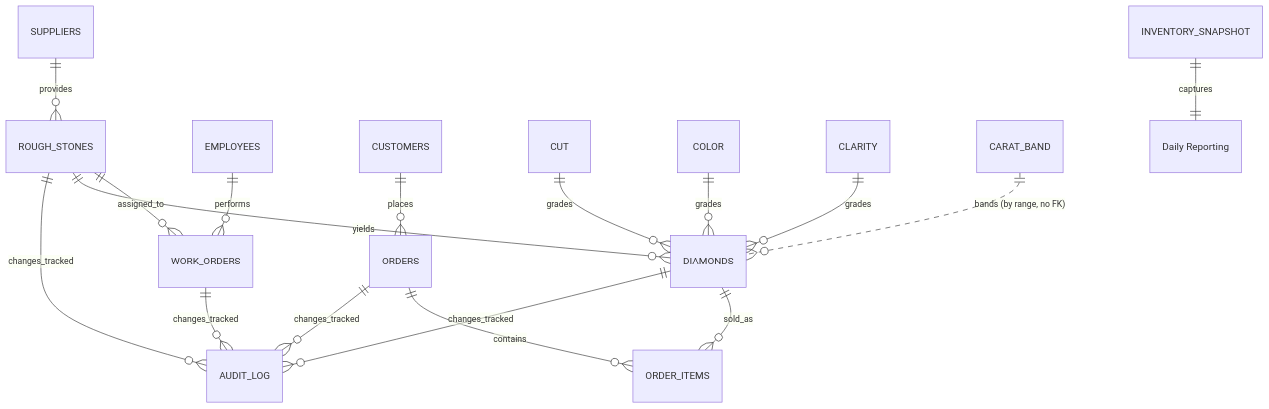
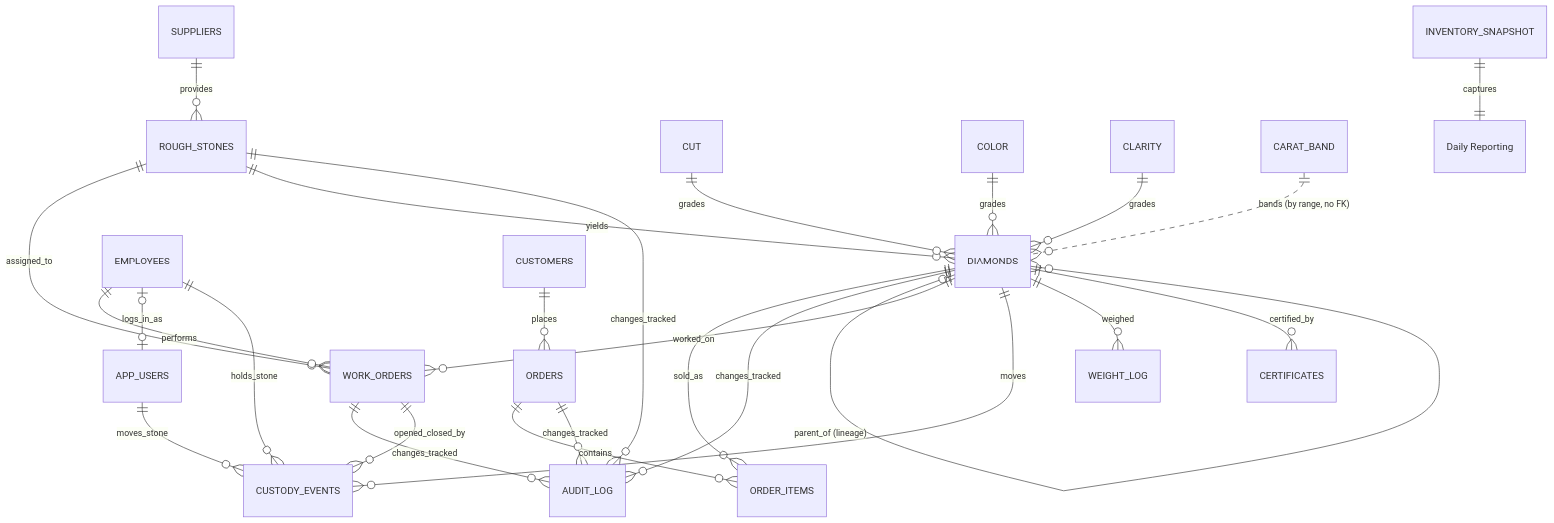
The diagram in diamond_company/docs/entity_relationship_diagram.md (Emmanuel-Esplin/SQL-Projects), drawn with Mermaid before and after one commit. The commit also changed other lines of this file and 86 other files, not shown here.

````diff
--- a/diamond_company/docs/entity_relationship_diagram.md
+++ b/diamond_company/docs/entity_relationship_diagram.md
@@ -5,19 +5,28 @@
 ```mermaid
 erDiagram
     SUPPLIERS ||--o{ ROUGH_STONES : "provides"
     ROUGH_STONES ||--o{ WORK_ORDERS : "assigned_to"
     ROUGH_STONES ||--o{ DIAMONDS : "yields"
     EMPLOYEES ||--o{ WORK_ORDERS : "performs"
     CUSTOMERS ||--o{ ORDERS : "places"
     ORDERS ||--o{ ORDER_ITEMS : "contains"
     DIAMONDS ||--o{ ORDER_ITEMS : "sold_as"
     DIAMONDS ||--o{ AUDIT_LOG : "changes_tracked"
     ROUGH_STONES ||--o{ AUDIT_LOG : "changes_tracked"
     ORDERS ||--o{ AUDIT_LOG : "changes_tracked"
     WORK_ORDERS ||--o{ AUDIT_LOG : "changes_tracked"
     CUT ||--o{ DIAMONDS : "grades"
     COLOR ||--o{ DIAMONDS : "grades"
     CLARITY ||--o{ DIAMONDS : "grades"
     CARAT_BAND ||..o{ DIAMONDS : "bands (by range, no FK)"
+    DIAMONDS |o--o{ DIAMONDS : "parent_of (lineage)"
+    DIAMONDS ||--o{ WORK_ORDERS : "worked_on"
+    DIAMONDS ||--o{ CUSTODY_EVENTS : "moves"
+    DIAMONDS ||--o{ WEIGHT_LOG : "weighed"
+    DIAMONDS ||--o{ CERTIFICATES : "certified_by"
+    EMPLOYEES |o--o| APP_USERS : "logs_in_as"
+    APP_USERS ||--o{ CUSTODY_EVENTS : "moves_stone"
+    EMPLOYEES ||--o{ CUSTODY_EVENTS : "holds_stone"
+    WORK_ORDERS ||--o{ CUSTODY_EVENTS : "opened_closed_by"
     INVENTORY_SNAPSHOT ||--|| "Daily Reporting" : "captures"
 ```
````
